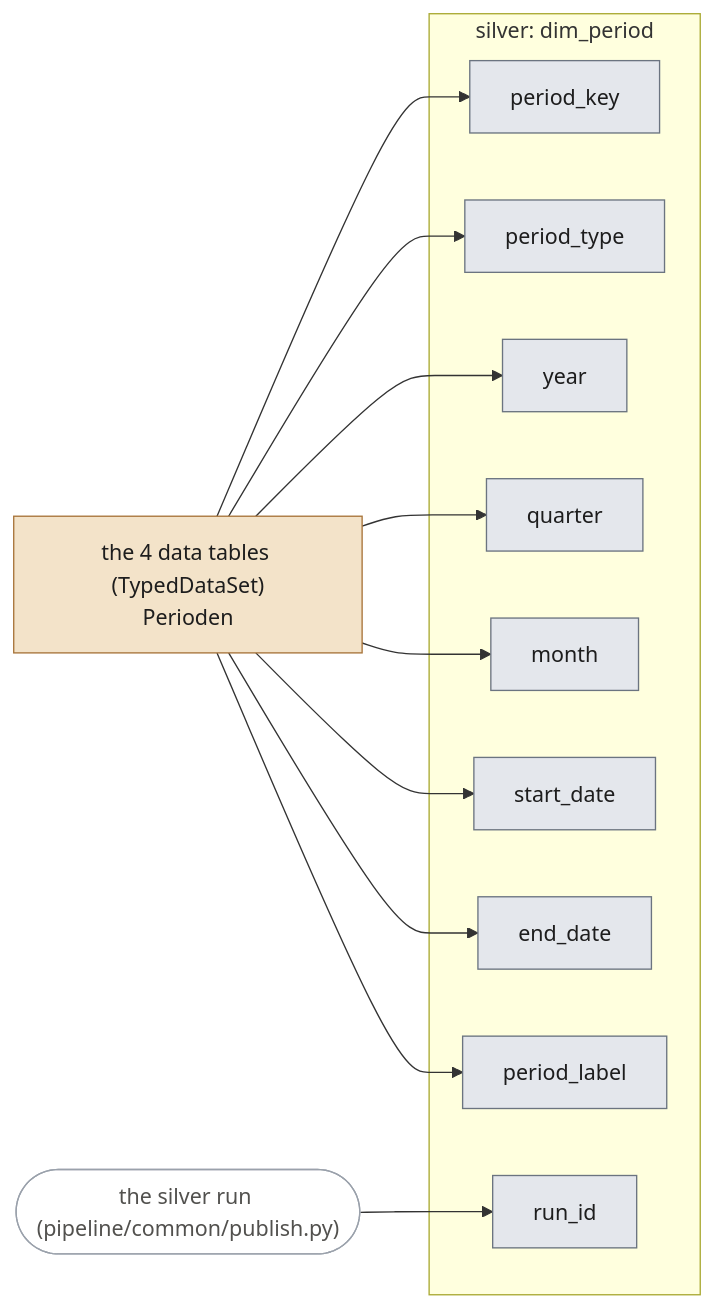
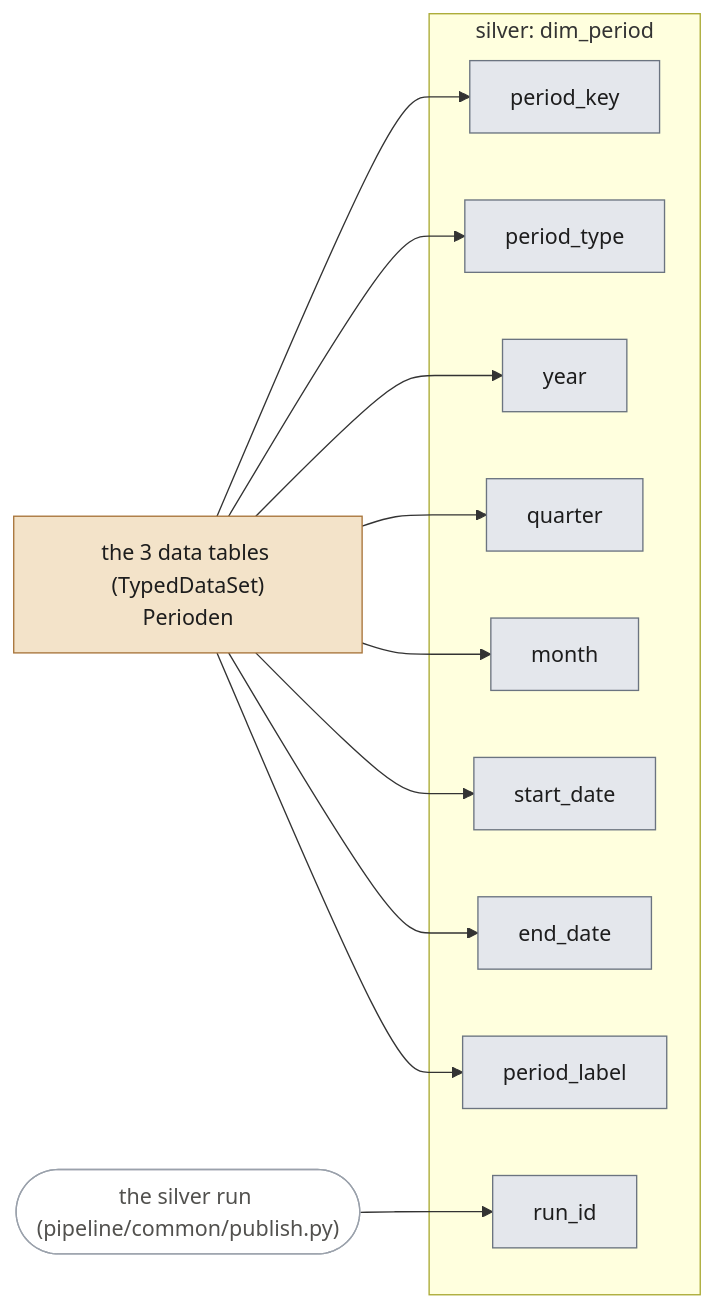
The fifth of 18 diagrams in docs/lineage.md (stefancodecommit/AOV_Lakehouse), drawn with Mermaid before and after one commit. The commit also changed other lines of this file and 20 other files, not shown here.

````diff
--- a/docs/lineage.md
+++ b/docs/lineage.md
@@ -270,30 +263,30 @@
 ```mermaid
 flowchart LR
-  n_src_80072ned_typeddataset_81589ned_typeddataset_83130ned_typeddataset_86009ned_typeddataset_Perioden["the 4 data tables (TypedDataSet)<br/>Perioden"]:::bronze
+  n_src_80072ned_typeddataset_81589ned_typeddataset_86009ned_typeddataset_Perioden["the 3 data tables (TypedDataSet)<br/>Perioden"]:::bronze
   run(["the silver run (pipeline/common/publish.py)"]):::run
   subgraph n_tbl_dim_period["silver: dim_period"]
     n_col_period_key["period_key"]:::silver
     n_col_period_type["period_type"]:::silver
     n_col_year["year"]:::silver
     n_col_quarter["quarter"]:::silver
     n_col_month["month"]:::silver
     n_col_start_date["start_date"]:::silver
     n_col_end_date["end_date"]:::silver
     n_col_period_label["period_label"]:::silver
     n_col_run_id["run_id"]:::silver
   end
-  n_src_80072ned_typeddataset_81589ned_typeddataset_83130ned_typeddataset_86009ned_typeddataset_Perioden --> n_col_period_key
-  n_src_80072ned_typeddataset_81589ned_typeddataset_83130ned_typeddataset_86009ned_typeddataset_Perioden --> n_col_period_type
-  n_src_80072ned_typeddataset_81589ned_typeddataset_83130ned_typeddataset_86009ned_typeddataset_Perioden --> n_col_year
-  n_src_80072ned_typeddataset_81589ned_typeddataset_83130ned_typeddataset_86009ned_typeddataset_Perioden --> n_col_quarter
-  n_src_80072ned_typeddataset_81589ned_typeddataset_83130ned_typeddataset_86009ned_typeddataset_Perioden --> n_col_month
-  n_src_80072ned_typeddataset_81589ned_typeddataset_83130ned_typeddataset_86009ned_typeddataset_Perioden --> n_col_start_date
-  n_src_80072ned_typeddataset_81589ned_typeddataset_83130ned_typeddataset_86009ned_typeddataset_Perioden --> n_col_end_date
-  n_src_80072ned_typeddataset_81589ned_typeddataset_83130ned_typeddataset_86009ned_typeddataset_Perioden --> n_col_period_label
+  n_src_80072ned_typeddataset_81589ned_typeddataset_86009ned_typeddataset_Perioden --> n_col_period_key
+  n_src_80072ned_typeddataset_81589ned_typeddataset_86009ned_typeddataset_Perioden --> n_col_period_type
+  n_src_80072ned_typeddataset_81589ned_typeddataset_86009ned_typeddataset_Perioden --> n_col_year
+  n_src_80072ned_typeddataset_81589ned_typeddataset_86009ned_typeddataset_Perioden --> n_col_quarter
+  n_src_80072ned_typeddataset_81589ned_typeddataset_86009ned_typeddataset_Perioden --> n_col_month
+  n_src_80072ned_typeddataset_81589ned_typeddataset_86009ned_typeddataset_Perioden --> n_col_start_date
+  n_src_80072ned_typeddataset_81589ned_typeddataset_86009ned_typeddataset_Perioden --> n_col_end_date
+  n_src_80072ned_typeddataset_81589ned_typeddataset_86009ned_typeddataset_Perioden --> n_col_period_label
   run --> n_col_run_id
   classDef bronze fill:#f3e3c9,stroke:#a8743a,color:#1d1d1d
   classDef silver fill:#e4e7ec,stroke:#6b7480,color:#1d1d1d
   classDef gold fill:#f6ecb8,stroke:#9c7f12,color:#1d1d1d
   classDef silverref fill:#f2f3f5,stroke:#9aa1ab,stroke-dasharray:4 3,color:#1d1d1d
   classDef run fill:#ffffff,stroke:#9aa1ab,color:#52514e
 ```
````
